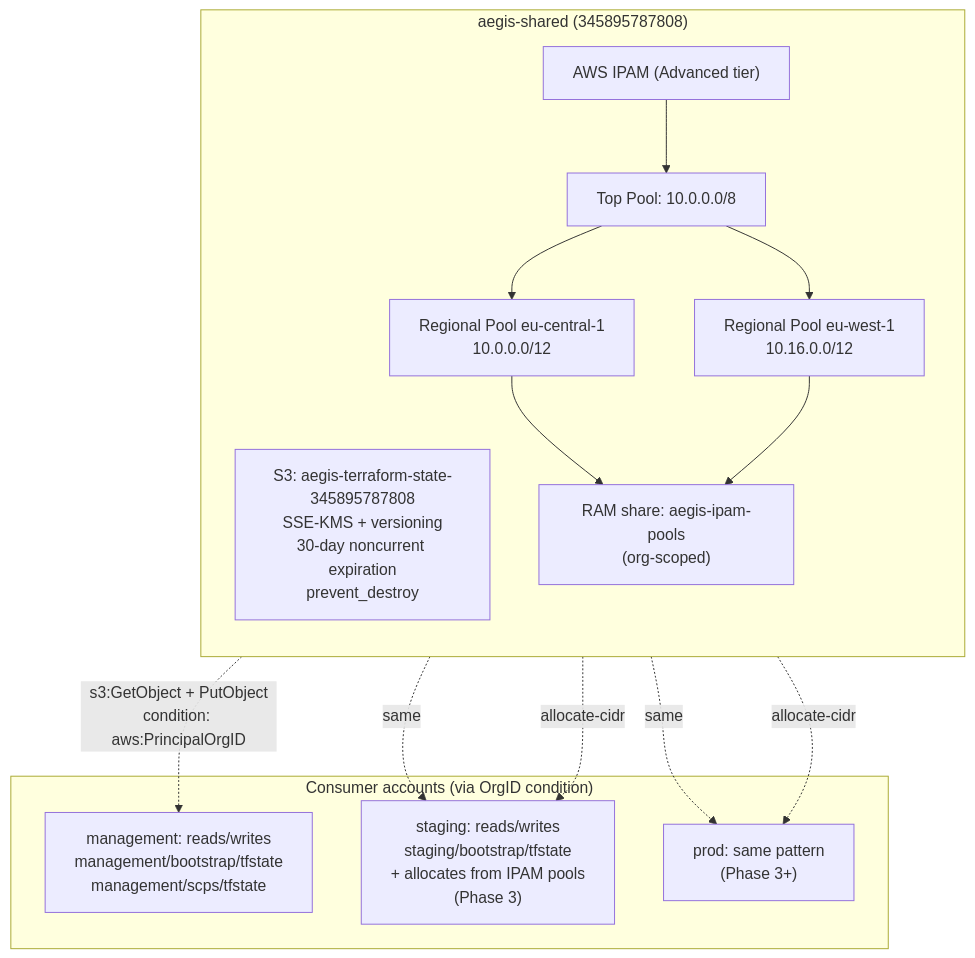
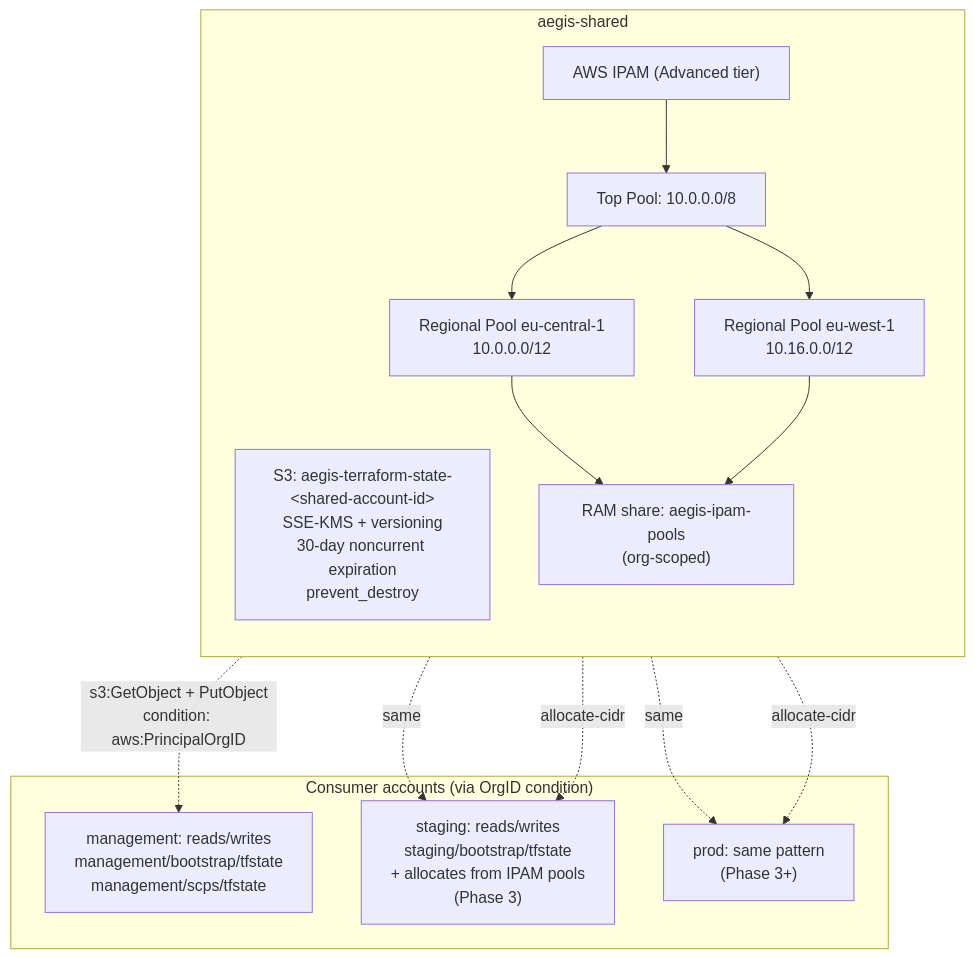
One commit to BinHsu/aegis-aws-landing-zone changed the fourth of 5 diagrams in docs/architecture.md. Above: the diagram before and after it, drawn with Mermaid. The commit also changed other lines of this file and 2 other files, not shown here.

````diff
--- a/docs/architecture.md
+++ b/docs/architecture.md
@@ -130,33 +130,33 @@
 ```mermaid
 flowchart TB
-  subgraph shared["aegis-shared (345895787808)"]
+  subgraph shared["aegis-shared"]
     direction TB
 
-    bucket["S3: aegis-terraform-state-345895787808<br/>SSE-KMS + versioning<br/>30-day noncurrent expiration<br/>prevent_destroy"]
+    bucket["S3: aegis-terraform-state-&lt;shared-account-id&gt;<br/>SSE-KMS + versioning<br/>30-day noncurrent expiration<br/>prevent_destroy"]
 
     ipam["AWS IPAM (Advanced tier)"]
     top["Top Pool: 10.0.0.0/8"]
     primary_pool["Regional Pool eu-central-1<br/>10.0.0.0/12"]
     dr_pool["Regional Pool eu-west-1<br/>10.16.0.0/12"]
 
     ram["RAM share: aegis-ipam-pools<br/>(org-scoped)"]
 
     ipam --> top
     top --> primary_pool
     top --> dr_pool
     primary_pool --> ram
     dr_pool --> ram
   end
 
   subgraph consumers["Consumer accounts (via OrgID condition)"]
     mgmt["management: reads/writes<br/>management/bootstrap/tfstate<br/>management/scps/tfstate"]
     stg["staging: reads/writes<br/>staging/bootstrap/tfstate<br/>+ allocates from IPAM pools<br/>(Phase 3)"]
     prd["prod: same pattern<br/>(Phase 3+)"]
   end
 
   bucket -. s3:GetObject + PutObject<br/>condition: aws:PrincipalOrgID .-> mgmt
   bucket -. same .-> stg
   bucket -. same .-> prd
   ram -. allocate-cidr .-> stg
   ram -. allocate-cidr .-> prd
 ```
````
